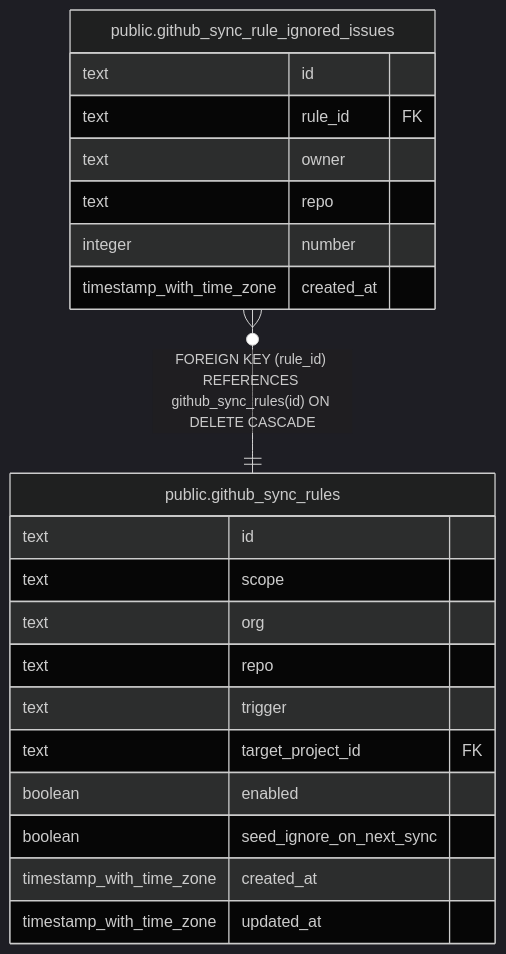
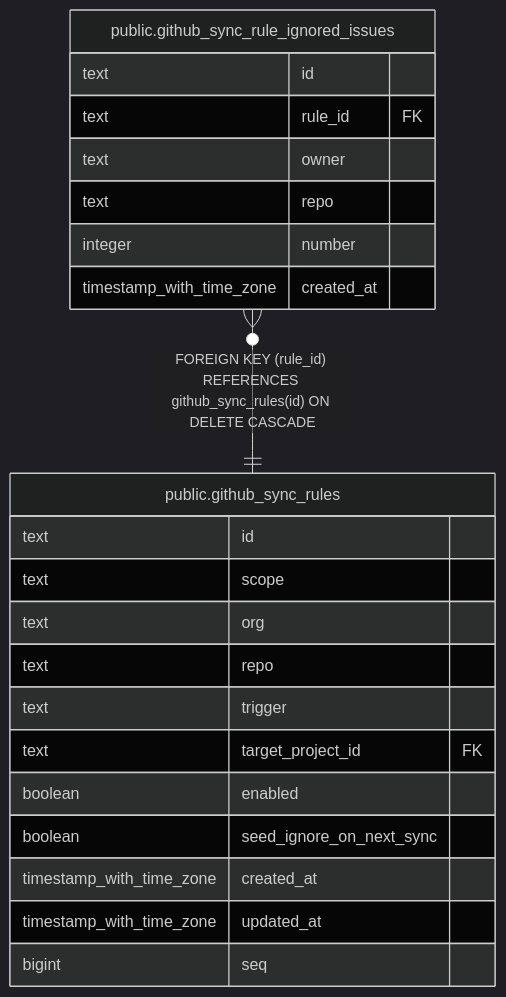
The diagram in docs/db/public.github_sync_rule_ignored_issues.md (fohte/tq), drawn with Mermaid (dark theme) before and after one commit. The commit also changed 9 other files, not shown here.

````diff
--- a/docs/db/public.github_sync_rule_ignored_issues.md
+++ b/docs/db/public.github_sync_rule_ignored_issues.md
@@ -31,26 +31,27 @@
 ```mermaid
 erDiagram
 
 "public.github_sync_rule_ignored_issues" }o--|| "public.github_sync_rules" : "FOREIGN KEY (rule_id) REFERENCES github_sync_rules(id) ON DELETE CASCADE"
 
 "public.github_sync_rule_ignored_issues" {
   text id
   text rule_id FK
   text owner
   text repo
   integer number
   timestamp_with_time_zone created_at
 }
 "public.github_sync_rules" {
   text id
   text scope
   text org
   text repo
   text trigger
   text target_project_id FK
   boolean enabled
   boolean seed_ignore_on_next_sync
   timestamp_with_time_zone created_at
   timestamp_with_time_zone updated_at
+  bigint seq
 }
 ```
````
